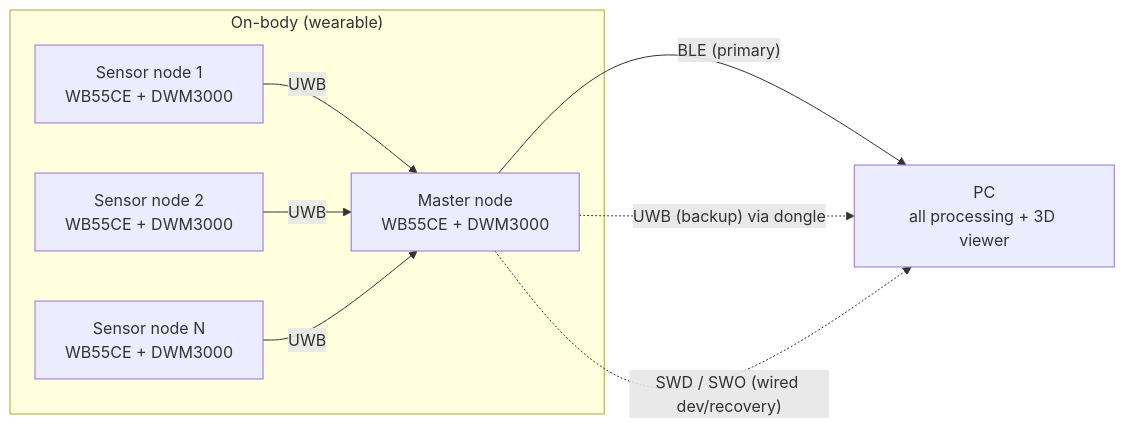
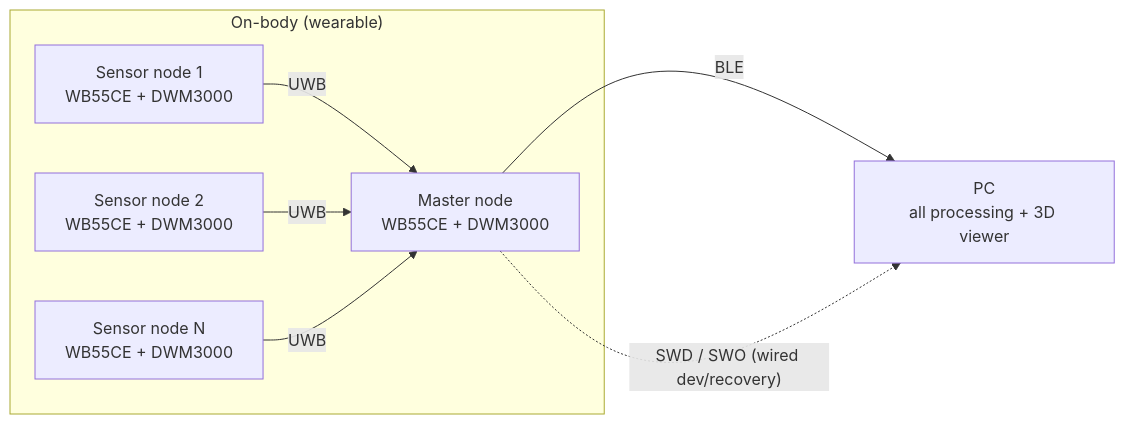
The diagram in README.md (davispe1/wearable-imu), drawn with Mermaid before and after one commit. The commit also changed other lines of this file and 3 other files, not shown here.

First line of the commit message:
Remove the dongle concept entirely (nRF52840 BLE + UWB backup dongle)

````diff
--- a/README.md
+++ b/README.md
@@ -54,15 +54,14 @@
 ```mermaid
 flowchart LR
     subgraph Body["On-body (wearable)"]
         N1["Sensor node 1<br/>WB55CE + DWM3000"]
         N2["Sensor node 2<br/>WB55CE + DWM3000"]
         N3["Sensor node N<br/>WB55CE + DWM3000"]
         M["Master node<br/>WB55CE + DWM3000"]
         N1 -- UWB --> M
         N2 -- UWB --> M
         N3 -- UWB --> M
     end
-    M -- "BLE (primary)" --> PC["PC<br/>all processing + 3D viewer"]
-    M -. "UWB (backup) via dongle" .-> PC
+    M -- "BLE" --> PC["PC<br/>all processing + 3D viewer"]
     M -. "SWD / SWO (wired dev/recovery)" .-> PC
 ```
````
